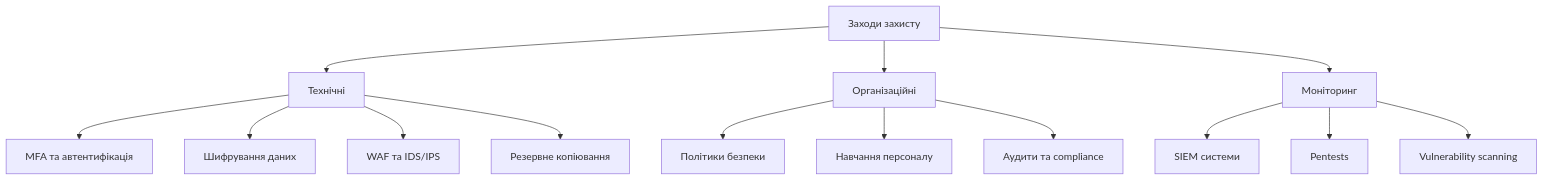
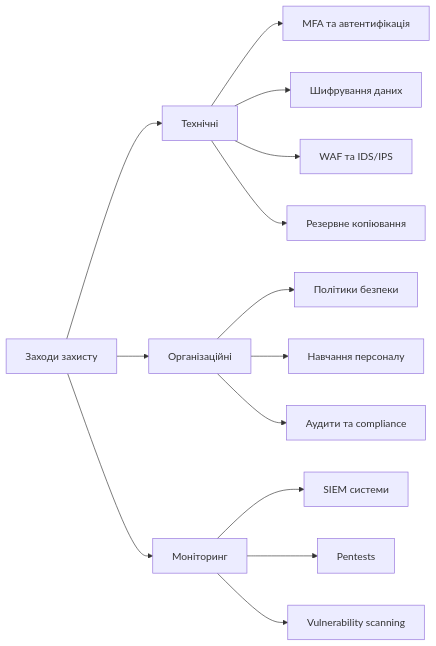
One commit to olroi421/course-sec changed the fourth of 4 diagrams in labs/lab-02.md. Above: the diagram before and after it, drawn with Mermaid. The commit also changed other lines of this file, not shown here.

````diff
--- a/labs/lab-02.md
+++ b/labs/lab-02.md
@@ -172,19 +172,19 @@
 ```mermaid
-graph TB
+graph LR
     A[Заходи захисту] --> B[Технічні]
     A --> C[Організаційні]
     A --> D[Моніторинг]
 
     B --> B1[MFA та автентифікація]
     B --> B2[Шифрування даних]
     B --> B3[WAF та IDS/IPS]
     B --> B4[Резервне копіювання]
 
     C --> C1[Політики безпеки]
     C --> C2[Навчання персоналу]
     C --> C3[Аудити та compliance]
 
     D --> D1[SIEM системи]
     D --> D2[Pentests]
     D --> D3[Vulnerability scanning]
 ```
````
